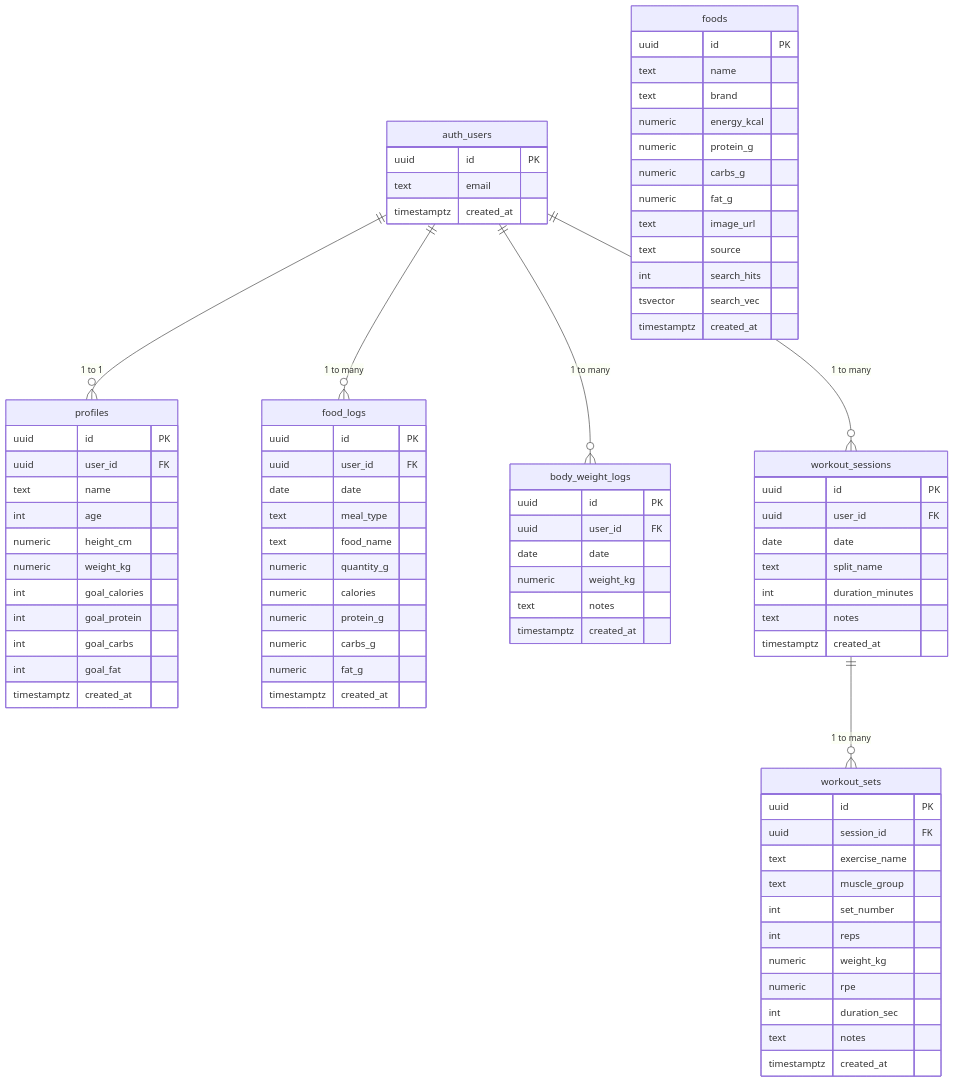
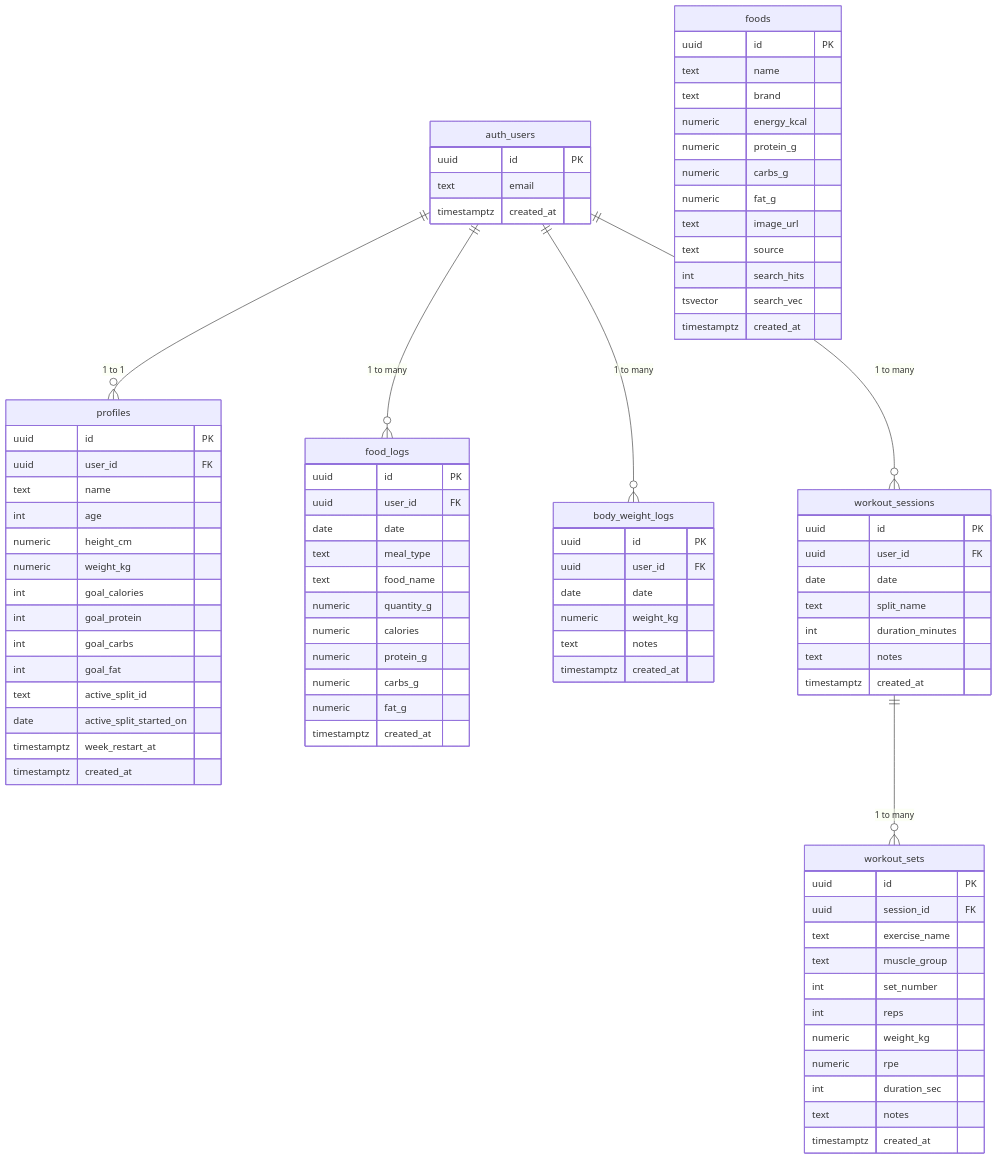
The fifth of 5 diagrams in README.md (cvm101/FitGuru), drawn with Mermaid before and after one commit. The commit also changed other lines of this file and 9 other files, not shown here.

```diff
--- a/README.md
+++ b/README.md
@@ -227,6 +229,9 @@
         int goal_protein
         int goal_carbs
         int goal_fat
+        text active_split_id
+        date active_split_started_on
+        timestamptz week_restart_at
         timestamptz created_at
     }
 
```
